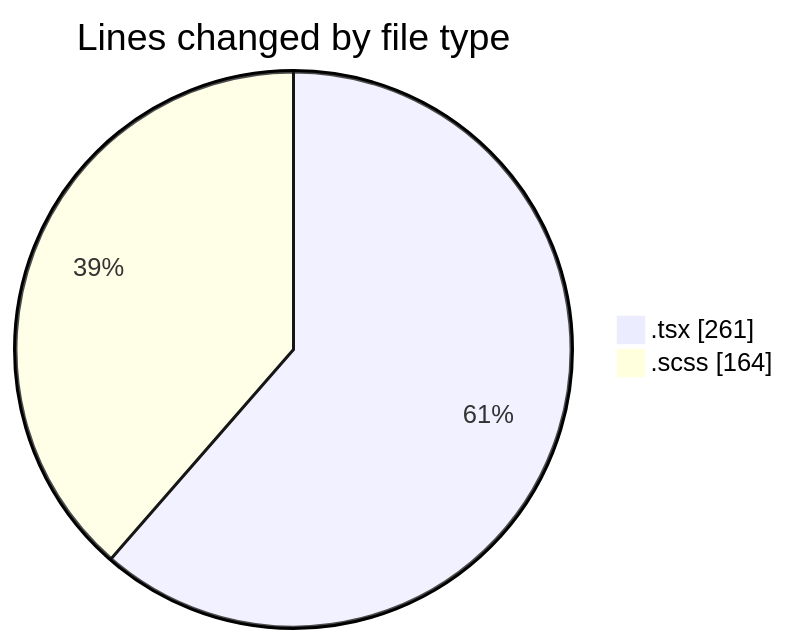
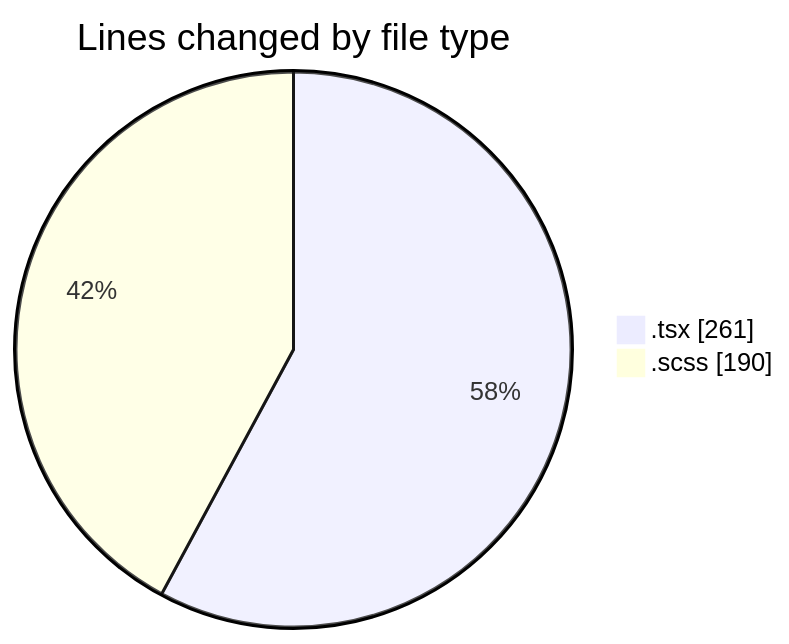
The first of 2 diagrams in 2026-04-10/cda/README.md (momahboobian/code-tracking), drawn with Mermaid before and after one commit. The commit also changed other lines of this file and 1 other file, not shown here.

````diff
--- a/2026-04-10/cda/README.md
+++ b/2026-04-10/cda/README.md
@@ -22,6 +22,6 @@
 ```mermaid
 pie showData
 title Lines changed by file type
 ".tsx" : 261
-".scss" : 164
+".scss" : 190
 ```
````
